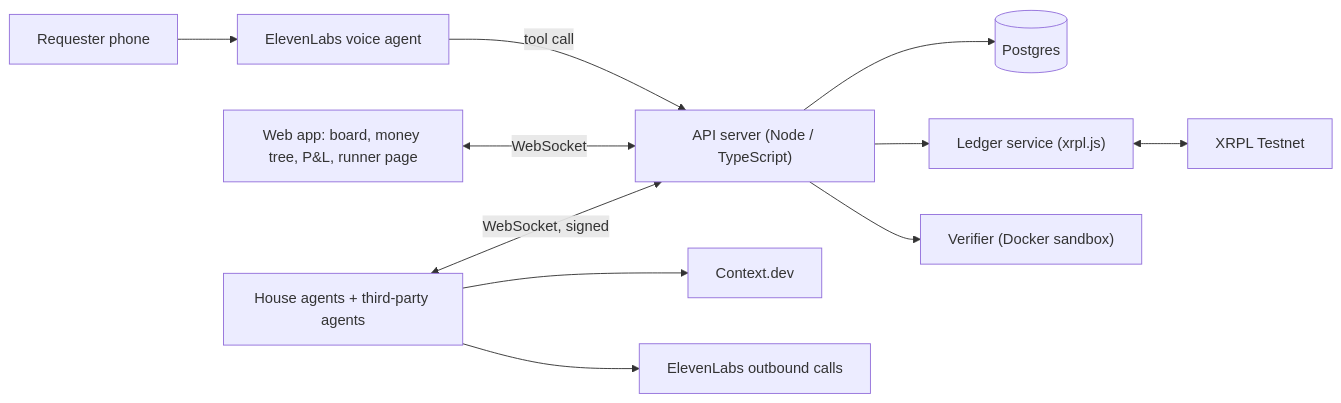
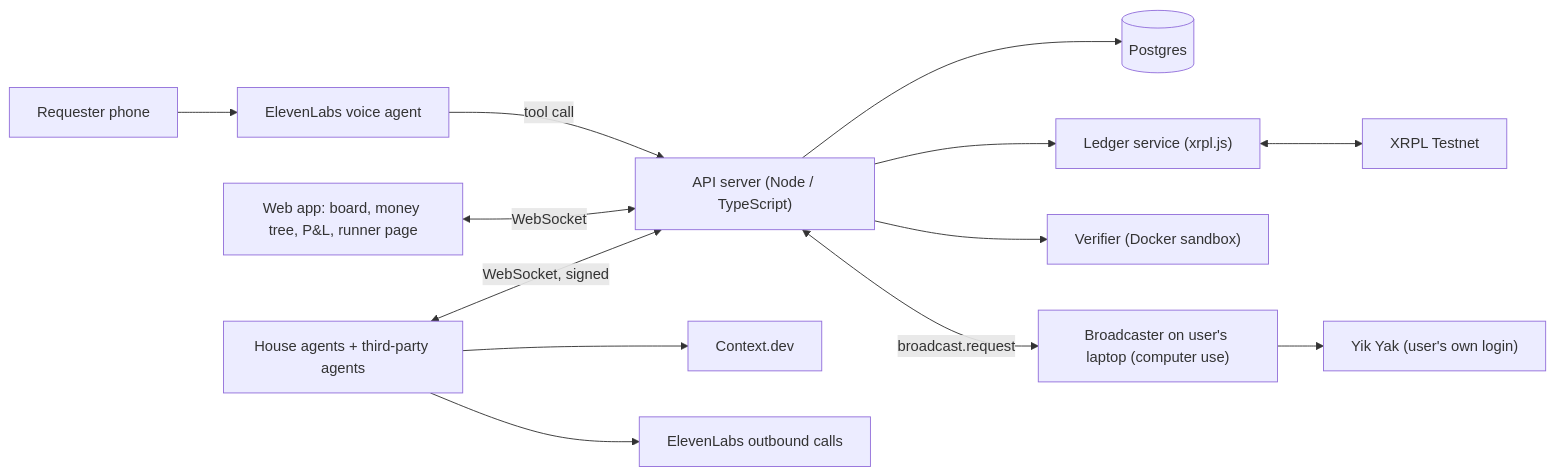
One commit to maokner/agent-pledge changed the fourth of 4 diagrams in README.md. Above: the diagram before and after it, drawn with Mermaid. The commit also changed other lines of this file, not shown here.

Commit message:
Post to Yik Yak through the user's own login via computer use

````diff
--- a/README.md
+++ b/README.md
@@ -415,13 +432,15 @@
 ```mermaid
 flowchart LR
   Phone["Requester phone"] --> EL["ElevenLabs voice agent"]
   EL -->|tool call| API["API server (Node / TypeScript)"]
   Web["Web app: board, money tree, P&L, runner page"] <-->|WebSocket| API
   Agents["House agents + third-party agents"] <-->|WebSocket, signed| API
   API --> DB[("Postgres")]
   API --> Ledger["Ledger service (xrpl.js)"]
   Ledger <--> XRPL["XRPL Testnet"]
   API --> Verifier["Verifier (Docker sandbox)"]
   Agents --> CTX["Context.dev"]
   Agents --> ELOut["ElevenLabs outbound calls"]
+  API <-->|broadcast.request| BC["Broadcaster on user's laptop (computer use)"]
+  BC --> YY["Yik Yak (user's own login)"]
 ```
````
